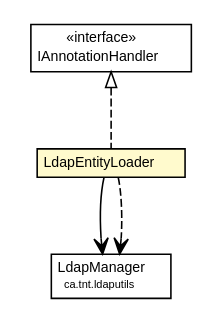
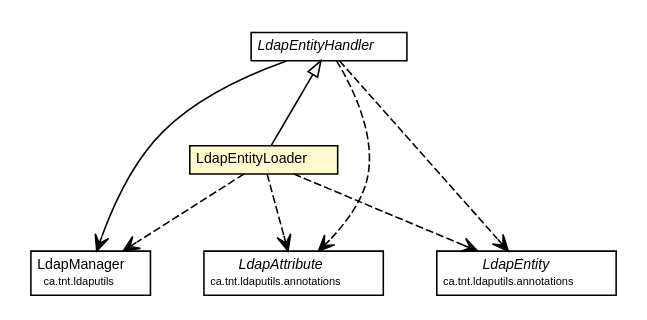
The diagram in ca/tnt/ldaputils/annotations/processing/LdapEntityLoader.dot (TrentonAdams/lpa), drawn with Graphviz before and after one commit. The commit also changed 166 other files, not shown here.

```diff
--- a/ca/tnt/ldaputils/annotations/processing/LdapEntityLoader.dot
+++ b/ca/tnt/ldaputils/annotations/processing/LdapEntityLoader.dot
@@ -1,36 +1,57 @@
 #!/usr/local/bin/dot
 #
 # Class diagram 
 # Generated by UmlGraph version 4.6 (http://www.spinellis.gr/sw/umlgraph)
 #
 
 digraph G {
 	edge [fontname="Helvetica",fontsize=10,labelfontname="Helvetica",labelfontsize=10];
 	node [fontname="Helvetica",fontsize=10,shape=plaintext];
 	// ca.tnt.ldaputils.LdapManager
-	c752 [label=<<table border="0" cellborder="1" cellspacing="0" cellpadding="2" port="p" href="../../LdapManager.html">
+	c837 [label=<<table border="0" cellborder="1" cellspacing="0" cellpadding="2" port="p" href="../../LdapManager.html">
 		<tr><td><table border="0" cellspacing="0" cellpadding="1">
 			<tr><td> LdapManager </td></tr>
 			<tr><td><font point-size="7.0"> ca.tnt.ldaputils </font></td></tr>
 		</table></td></tr>
 		</table>>, fontname="Helvetica", fontcolor="black", fontsize=9.0];
-	// ca.tnt.ldaputils.annotations.processing.IAnnotationHandler
-	c764 [label=<<table border="0" cellborder="1" cellspacing="0" cellpadding="2" port="p" href="./IAnnotationHandler.html">
+	// ca.tnt.ldaputils.annotations.LdapAttribute
+	c848 [label=<<table border="0" cellborder="1" cellspacing="0" cellpadding="2" port="p" href="../LdapAttribute.html">
 		<tr><td><table border="0" cellspacing="0" cellpadding="1">
-			<tr><td> &laquo;interface&raquo; </td></tr>
-			<tr><td> IAnnotationHandler </td></tr>
+			<tr><td><font face="Helvetica-Oblique"> LdapAttribute </font></td></tr>
+			<tr><td><font point-size="7.0"> ca.tnt.ldaputils.annotations </font></td></tr>
+		</table></td></tr>
+		</table>>, fontname="Helvetica", fontcolor="black", fontsize=9.0];
+	// ca.tnt.ldaputils.annotations.LdapEntity
+	c850 [label=<<table border="0" cellborder="1" cellspacing="0" cellpadding="2" port="p" href="../LdapEntity.html">
+		<tr><td><table border="0" cellspacing="0" cellpadding="1">
+			<tr><td><font face="Helvetica-Oblique"> LdapEntity </font></td></tr>
+			<tr><td><font point-size="7.0"> ca.tnt.ldaputils.annotations </font></td></tr>
 		</table></td></tr>
 		</table>>, fontname="Helvetica", fontcolor="black", fontsize=9.0];
 	// ca.tnt.ldaputils.annotations.processing.LdapEntityLoader
-	c766 [label=<<table border="0" cellborder="1" cellspacing="0" cellpadding="2" port="p" bgcolor="lemonChiffon" href="./LdapEntityLoader.html">
+	c853 [label=<<table border="0" cellborder="1" cellspacing="0" cellpadding="2" port="p" bgcolor="lemonChiffon" href="./LdapEntityLoader.html">
 		<tr><td><table border="0" cellspacing="0" cellpadding="1">
 			<tr><td> LdapEntityLoader </td></tr>
 		</table></td></tr>
 		</table>>, fontname="Helvetica", fontcolor="black", fontsize=9.0];
-	//ca.tnt.ldaputils.annotations.processing.LdapEntityLoader implements ca.tnt.ldaputils.annotations.processing.IAnnotationHandler
-	c764:p -> c766:p [dir=back,arrowtail=empty,style=dashed];
-	// ca.tnt.ldaputils.annotations.processing.LdapEntityLoader NAVASSOC ca.tnt.ldaputils.LdapManager
-	c766:p -> c752:p [taillabel="", label="", headlabel="", fontname="Helvetica", fontcolor="black", fontsize=10.0, color="black", arrowhead=open];
+	// ca.tnt.ldaputils.annotations.processing.LdapEntityHandler
+	c854 [label=<<table border="0" cellborder="1" cellspacing="0" cellpadding="2" port="p" href="./LdapEntityHandler.html">
+		<tr><td><table border="0" cellspacing="0" cellpadding="1">
+			<tr><td><font face="Helvetica-Oblique"> LdapEntityHandler </font></td></tr>
+		</table></td></tr>
+		</table>>, fontname="Helvetica", fontcolor="black", fontsize=9.0];
+	//ca.tnt.ldaputils.annotations.processing.LdapEntityLoader extends ca.tnt.ldaputils.annotations.processing.LdapEntityHandler
+	c854:p -> c853:p [dir=back,arrowtail=empty];
+	// ca.tnt.ldaputils.annotations.processing.LdapEntityHandler NAVASSOC ca.tnt.ldaputils.LdapManager
+	c854:p -> c837:p [taillabel="", label="", headlabel="", fontname="Helvetica", fontcolor="black", fontsize=10.0, color="black", arrowhead=open];
+	// ca.tnt.ldaputils.annotations.processing.LdapEntityLoader DEPEND ca.tnt.ldaputils.annotations.LdapEntity
+	c853:p -> c850:p [taillabel="", label="", headlabel="", fontname="Helvetica", fontcolor="black", fontsize=10.0, color="black", arrowhead=open, style=dashed];
 	// ca.tnt.ldaputils.annotations.processing.LdapEntityLoader DEPEND ca.tnt.ldaputils.LdapManager
-	c766:p -> c752:p [taillabel="", label="", headlabel="", fontname="Helvetica", fontcolor="black", fontsize=10.0, color="black", arrowhead=open, style=dashed];
+	c853:p -> c837:p [taillabel="", label="", headlabel="", fontname="Helvetica", fontcolor="black", fontsize=10.0, color="black", arrowhead=open, style=dashed];
+	// ca.tnt.ldaputils.annotations.processing.LdapEntityLoader DEPEND ca.tnt.ldaputils.annotations.LdapAttribute
+	c853:p -> c848:p [taillabel="", label="", headlabel="", fontname="Helvetica", fontcolor="black", fontsize=10.0, color="black", arrowhead=open, style=dashed];
+	// ca.tnt.ldaputils.annotations.processing.LdapEntityHandler DEPEND ca.tnt.ldaputils.annotations.LdapEntity
+	c854:p -> c850:p [taillabel="", label="", headlabel="", fontname="Helvetica", fontcolor="black", fontsize=10.0, color="black", arrowhead=open, style=dashed];
+	// ca.tnt.ldaputils.annotations.processing.LdapEntityHandler DEPEND ca.tnt.ldaputils.annotations.LdapAttribute
+	c854:p -> c848:p [taillabel="", label="", headlabel="", fontname="Helvetica", fontcolor="black", fontsize=10.0, color="black", arrowhead=open, style=dashed];
 }
```
